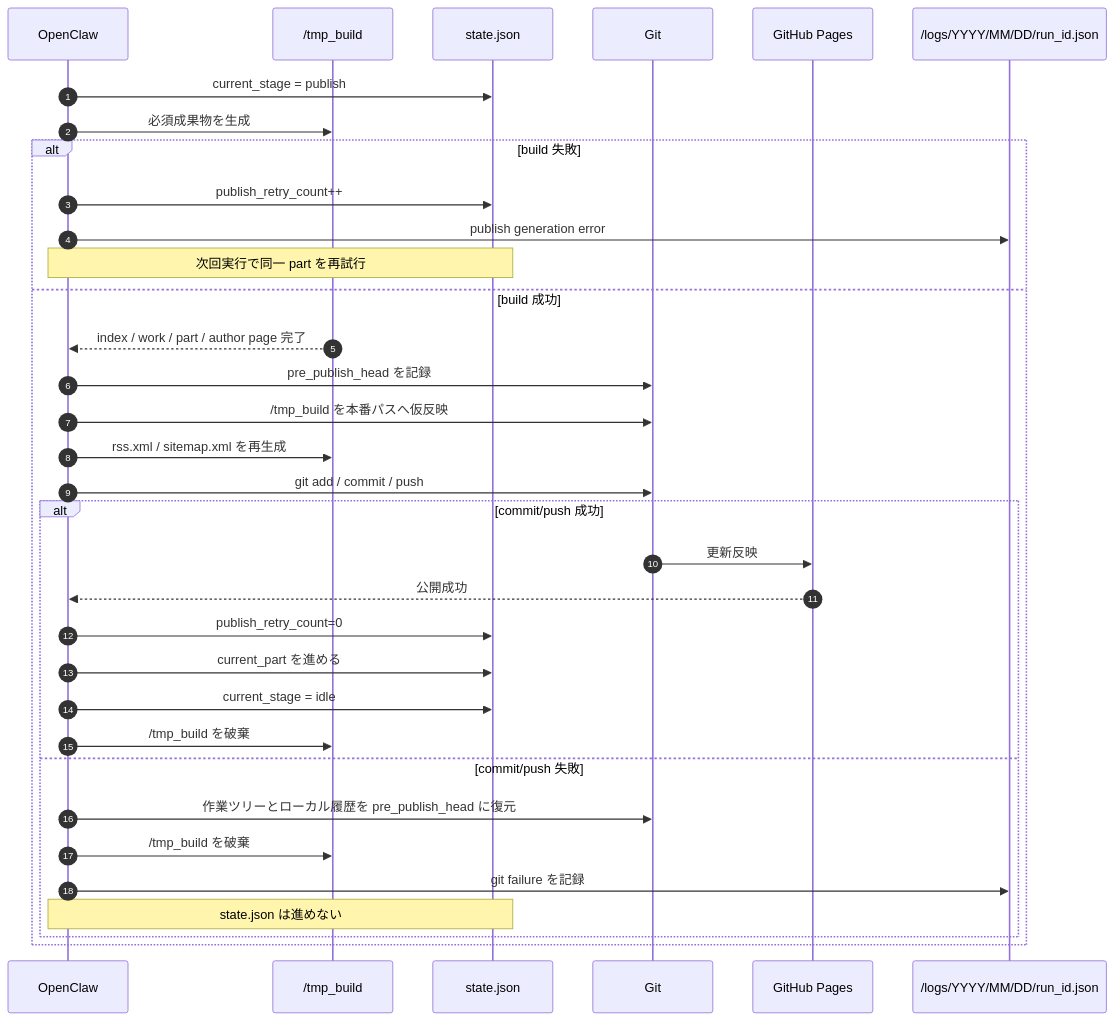
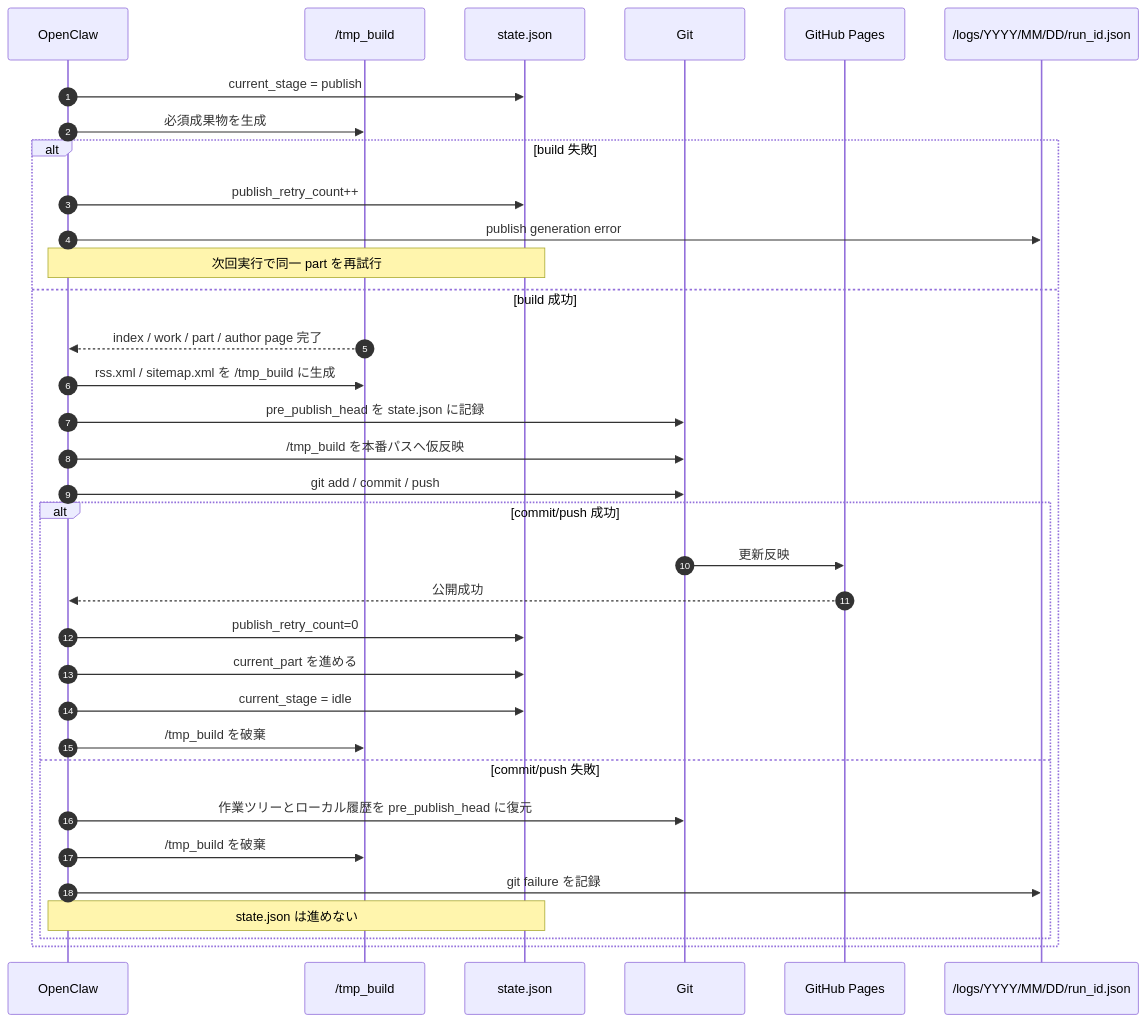
Before and after one commit to garyohosu/WorldClassicsJP: the fourth of 6 diagrams in sequence.md, drawn with Mermaid. The commit also changed other lines of this file and 11 other files, not shown here.

````diff
--- a/sequence.md
+++ b/sequence.md
@@ -187,39 +187,39 @@
 ```mermaid
 sequenceDiagram
     autonumber
     participant OC as OpenClaw
     participant BUILD as /tmp_build
     participant STATE as state.json
     participant GIT as Git
     participant GH as GitHub Pages
     participant LOG as /logs/YYYY/MM/DD/run_id.json
 
     OC->>STATE: current_stage = publish
     OC->>BUILD: 必須成果物を生成
 
     alt build 失敗
         OC->>STATE: publish_retry_count++
         OC->>LOG: publish generation error
         Note over OC,STATE: 次回実行で同一 part を再試行
     else build 成功
         BUILD-->>OC: index / work / part / author page 完了
-        OC->>GIT: pre_publish_head を記録
+        OC->>BUILD: rss.xml / sitemap.xml を /tmp_build に生成
+        OC->>GIT: pre_publish_head を state.json に記録
         OC->>GIT: /tmp_build を本番パスへ仮反映
-        OC->>BUILD: rss.xml / sitemap.xml を再生成
         OC->>GIT: git add / commit / push
 
         alt commit/push 成功
             GIT->>GH: 更新反映
             GH-->>OC: 公開成功
             OC->>STATE: publish_retry_count=0
             OC->>STATE: current_part を進める
             OC->>STATE: current_stage = idle
             OC->>BUILD: /tmp_build を破棄
         else commit/push 失敗
             OC->>GIT: 作業ツリーとローカル履歴を pre_publish_head に復元
             OC->>BUILD: /tmp_build を破棄
             OC->>LOG: git failure を記録
             Note over OC,STATE: state.json は進めない
         end
     end
 ```
````
